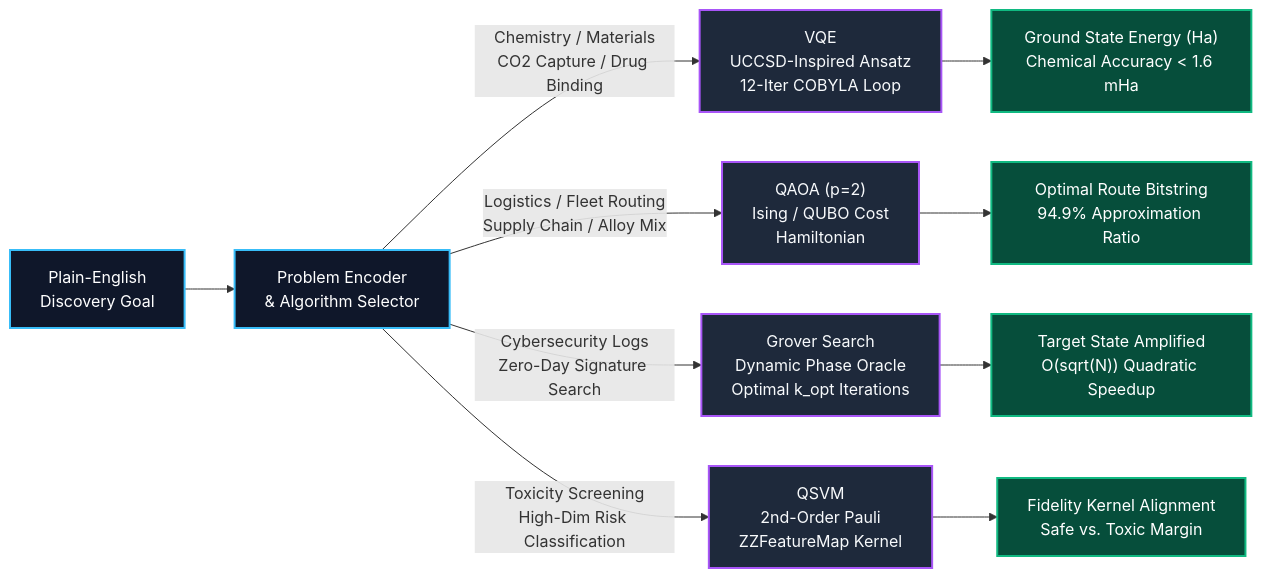
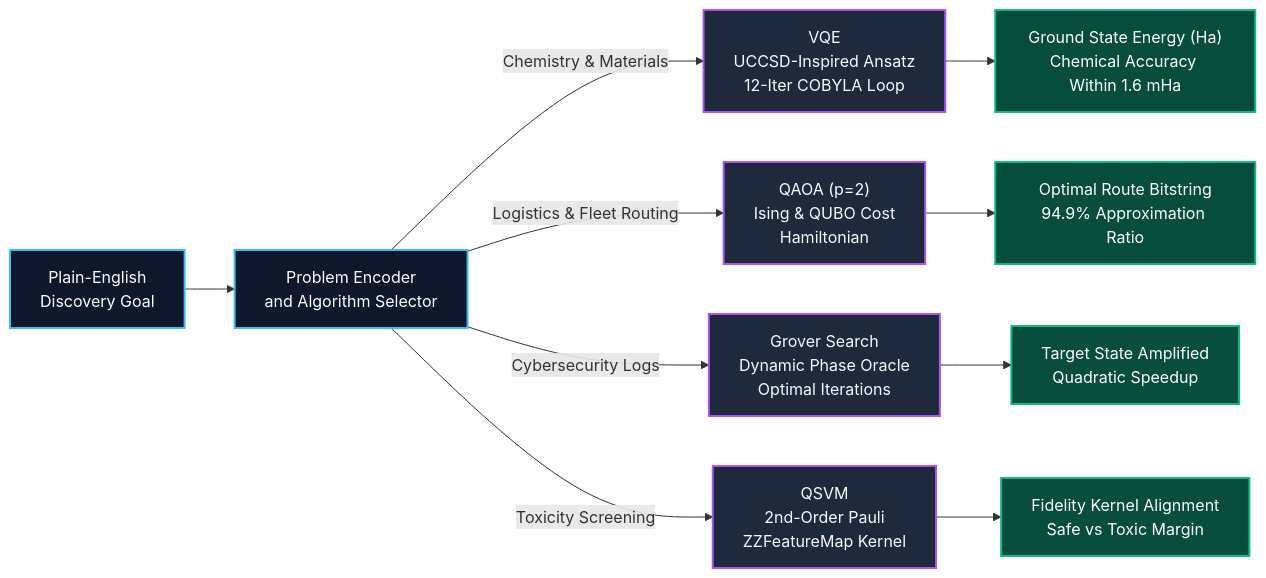
The third of 3 diagrams in README.md (AI-Governance-Lab/governed-quantum-agents), drawn with Mermaid before and after one commit. The commit also changed other lines of this file, not shown here.

Commit message:
fix(readme): quote Mermaid edge labels and replace <--> arrows for GitHub rendering

````diff
--- a/README.md
+++ b/README.md
@@ -211,18 +210,18 @@
 ```mermaid
 flowchart LR
     classDef input fill:#0f172a,stroke:#38bdf8,stroke-width:2px,color:#ffffff
     classDef alg fill:#1e293b,stroke:#a855f7,stroke-width:2px,color:#f8fafc
     classDef out fill:#064e3b,stroke:#10b981,stroke-width:2px,color:#ffffff
 
-    Prompt["Plain-English<br/>Discovery Goal"]:::input --> Encoder["Problem Encoder<br/>& Algorithm Selector"]:::input
+    Prompt["Plain-English<br/>Discovery Goal"]:::input --> Encoder["Problem Encoder<br/>and Algorithm Selector"]:::input
 
-    Encoder -->|Chemistry / Materials<br/>CO2 Capture / Drug Binding| VQE["VQE<br/>UCCSD-Inspired Ansatz<br/>12-Iter COBYLA Loop"]:::alg
-    Encoder -->|Logistics / Fleet Routing<br/>Supply Chain / Alloy Mix| QAOA["QAOA (p=2)<br/>Ising / QUBO Cost<br/>Hamiltonian"]:::alg
-    Encoder -->|Cybersecurity Logs<br/>Zero-Day Signature Search| Grover["Grover Search<br/>Dynamic Phase Oracle<br/>Optimal k_opt Iterations"]:::alg
-    Encoder -->|Toxicity Screening<br/>High-Dim Risk Classification| QSVM["QSVM<br/>2nd-Order Pauli<br/>ZZFeatureMap Kernel"]:::alg
+    Encoder -->|"Chemistry & Materials"| VQE["VQE<br/>UCCSD-Inspired Ansatz<br/>12-Iter COBYLA Loop"]:::alg
+    Encoder -->|"Logistics & Fleet Routing"| QAOA["QAOA (p=2)<br/>Ising & QUBO Cost<br/>Hamiltonian"]:::alg
+    Encoder -->|"Cybersecurity Logs"| Grover["Grover Search<br/>Dynamic Phase Oracle<br/>Optimal Iterations"]:::alg
+    Encoder -->|"Toxicity Screening"| QSVM["QSVM<br/>2nd-Order Pauli<br/>ZZFeatureMap Kernel"]:::alg
 
-    VQE --> OutVQE["Ground State Energy (Ha)<br/>Chemical Accuracy < 1.6 mHa"]:::out
+    VQE --> OutVQE["Ground State Energy (Ha)<br/>Chemical Accuracy Within 1.6 mHa"]:::out
     QAOA --> OutQAOA["Optimal Route Bitstring<br/>94.9% Approximation Ratio"]:::out
-    Grover --> OutGrover["Target State Amplified<br/>O(sqrt(N)) Quadratic Speedup"]:::out
-    QSVM --> OutQSVM["Fidelity Kernel Alignment<br/>Safe vs. Toxic Margin"]:::out
+    Grover --> OutGrover["Target State Amplified<br/>Quadratic Speedup"]:::out
+    QSVM --> OutQSVM["Fidelity Kernel Alignment<br/>Safe vs Toxic Margin"]:::out
 ```
````
